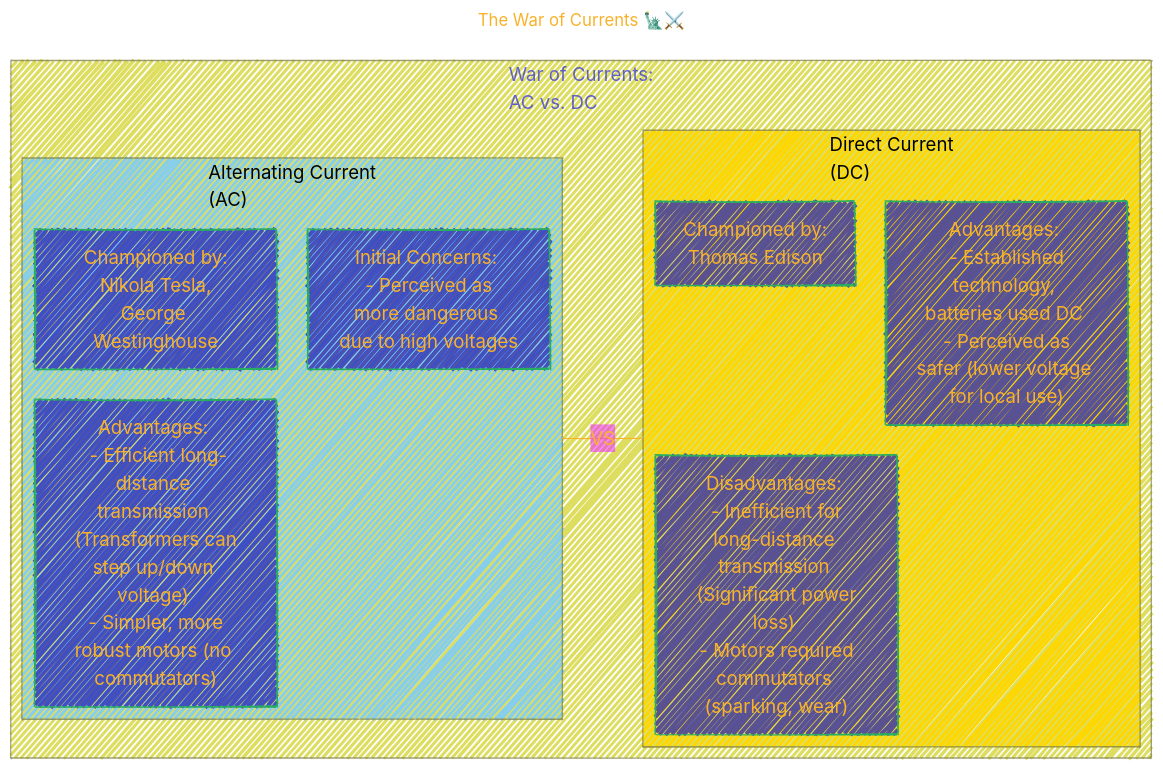
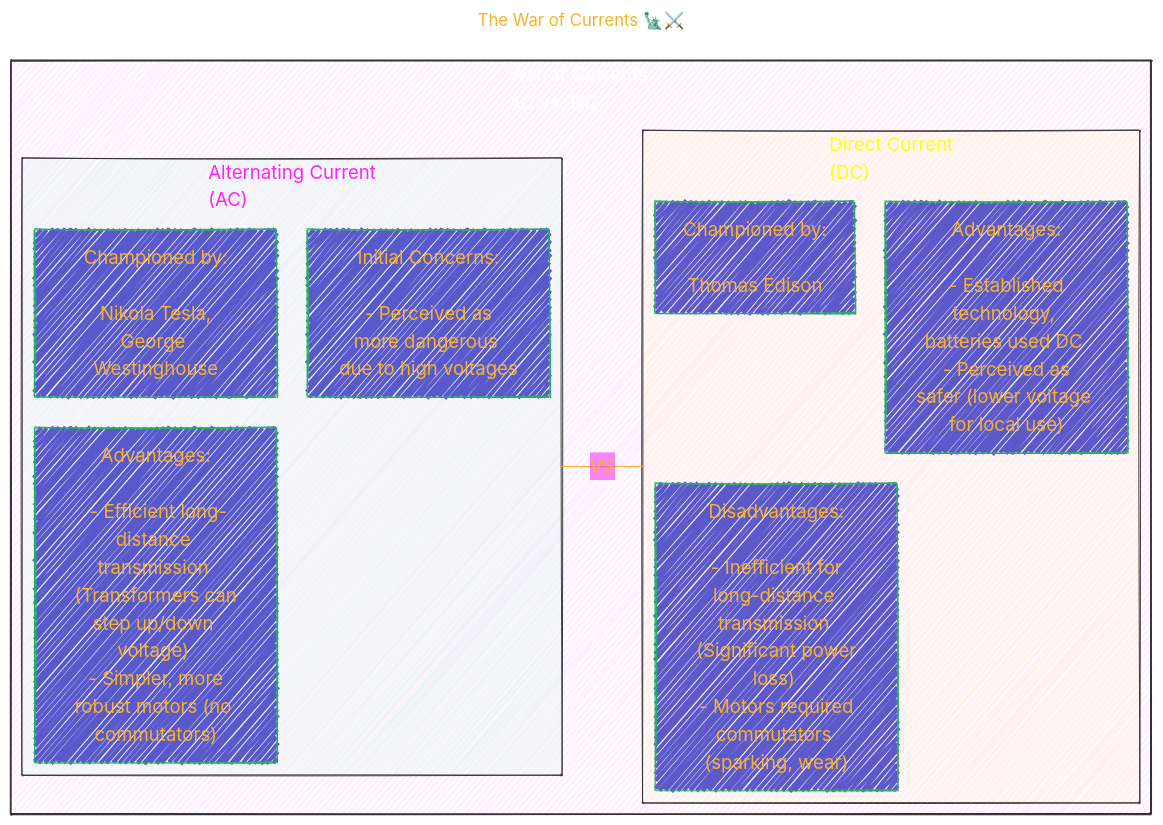
One commit to CongLeSolutionX/Nikola_Tesla changed the fourth of 9 diagrams in Case_Files_Nikola_Tesla/Case_Files_Nikola_Tesla.md. Above: the diagram before and after it, drawn with Mermaid. The commit also changed other lines of this file, not shown here.

````diff
--- a/Case_Files_Nikola_Tesla/Case_Files_Nikola_Tesla.md
+++ b/Case_Files_Nikola_Tesla/Case_Files_Nikola_Tesla.md
@@ -239,51 +241,54 @@
 ```mermaid
 ---
 title: "The War of Currents 🗽⚔️"
 author: "Cong Le"
 version: "1.0"
 license(s): "MIT, CC BY-SA 4.0"
 copyright: "Copyright (c) 2025 Cong Le. All Rights Reserved."
 config:
   layout: elk
   theme: base
   look: handDrawn
 ---
 %%%%%%%% Mermaid version v11.4.1-b.14
 %%%%%%%% Available curve styles include the following keywords:
 %% basis, bumpX, bumpY, cardinal, catmullRom, linear, monotoneX, monotoneY, natural, step, stepAfter, stepBefore.
 %%{
   init: {
     'flowchart': { 'htmlLabels': true, 'curve': 'basis' },
     'fontFamily': 'American Typewriter, monospace',
     'logLevel': 'fatal',
     'themeVariables': {
       'primaryColor': '#22BB',
       'primaryTextColor': '#F8B229',
       'lineColor': '#F8B229',
       'primaryBorderColor': '#27AE60',
       'secondaryColor': '#E2F1',
       'secondaryTextColor': '#6C3483',
       'secondaryBorderColor': '#A569BD',
       'fontSize': '20px'
     }
   }
 }%%
 flowchart LR
     subgraph War_of_Currents["War of Currents:<br/> AC vs. DC"]
+    style War_of_Currents fill:#f9f2,stroke:#333,stroke-width:2px, color:#FFF
     direction LR
+
         subgraph AC["Alternating Current<br/>(AC)"]
-             championedByAC["Championed by:<br/> Nikola Tesla, George Westinghouse"]
-            advantagesAC["Advantages: <br> - Efficient long-distance transmission <br> (Transformers can step up/down voltage) <br> - Simpler, more robust motors (no commutators)"]
-            initialConcernsAC["Initial Concerns: <br> - Perceived as more dangerous due to high voltages"]
+        style AC fill:#8EB2,stroke:#333,stroke-width:1px, color:#F2F
+             championedByAC["Championed by:<br/><br/> Nikola Tesla, George Westinghouse"]
+            advantagesAC["Advantages:<br/><br> - Efficient long-distance transmission <br> (Transformers can step up/down voltage) <br> - Simpler, more robust motors (no commutators)"]
+            initialConcernsAC["Initial Concerns:<br/><br> - Perceived as more dangerous due to high voltages"]
         end
+
         subgraph DC["Direct Current<br/>(DC)"]
-            championedByDC["Championed by:<br/> Thomas Edison"]
-            advantagesDC["Advantages: <br/> - Established technology, batteries used DC <br> - Perceived as safer (lower voltage for local use)"]
-            disadvantagesDC["Disadvantages: <br> - Inefficient for long-distance transmission <br> (Significant power loss) <br> - Motors required commutators (sparking, wear)"]
+        style DC fill:#FD72,stroke:#333,stroke-width:1px, color:#FF1
+            championedByDC["Championed by:<br/><br/> Thomas Edison"]
+            advantagesDC["Advantages:<br/><br/> - Established technology, batteries used DC <br> - Perceived as safer (lower voltage for local use)"]
+            disadvantagesDC["Disadvantages:<br/><br> - Inefficient for long-distance transmission <br> (Significant power loss) <br> - Motors required commutators (sparking, wear)"]
         end
     end
     AC -- "VS" --- DC
 
-    style AC fill:#87CEEB,color:#000
-    style DC fill:#FFD700,color:#000
 ```
````
